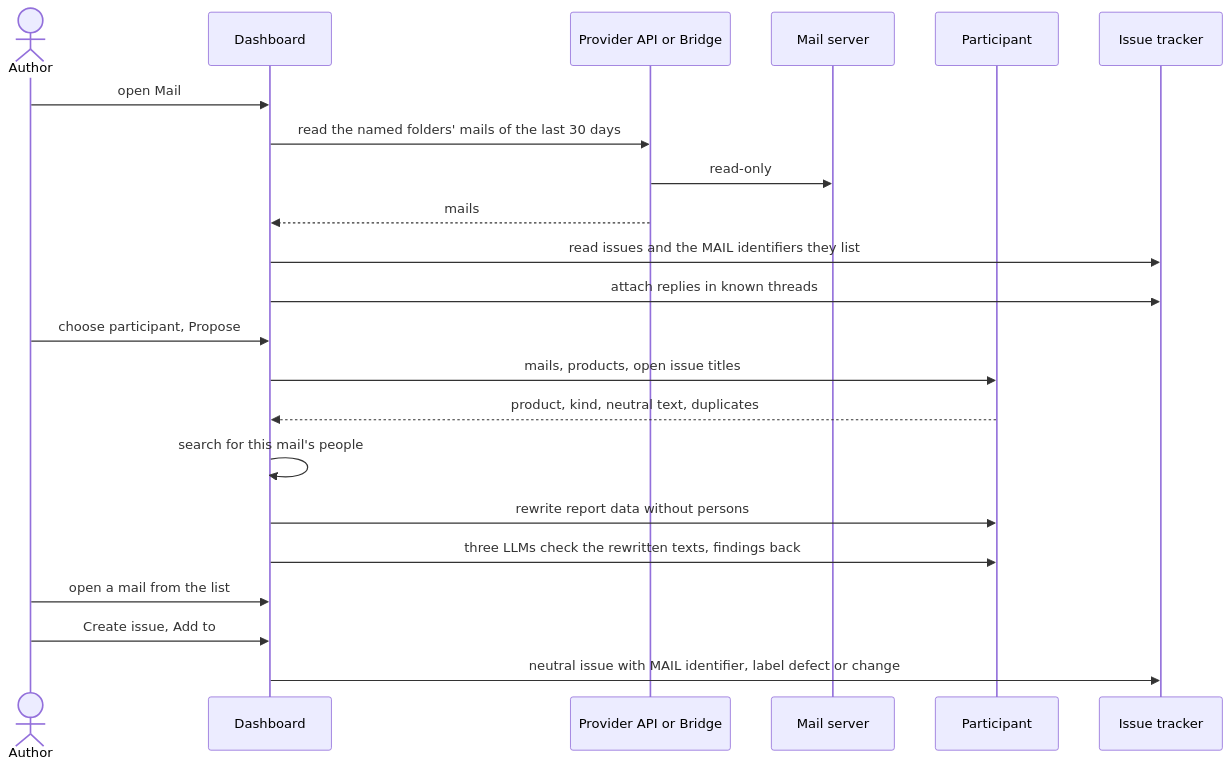
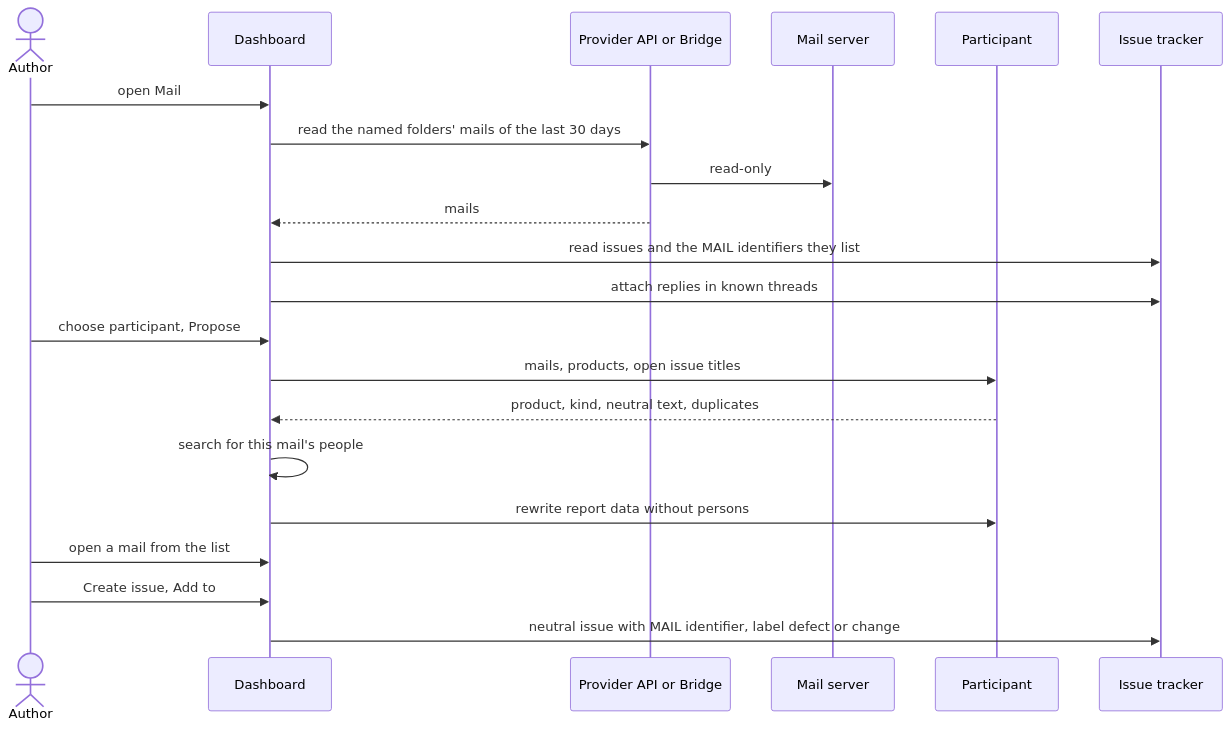
One commit to akmaier/agent-m changed the diagram in docs/use-cases/UC-038-turn-mails-into-issues.md. Above: the diagram before and after it, drawn with Mermaid. The commit also changed other lines of this file and 18 other files, not shown here.

````diff
--- a/docs/use-cases/UC-038-turn-mails-into-issues.md
+++ b/docs/use-cases/UC-038-turn-mails-into-issues.md
@@ -131,24 +126,23 @@
 ```mermaid
 sequenceDiagram
     actor A as Author
     participant D as Dashboard
     participant B as Provider API or Bridge
     participant S as Mail server
     participant P as Participant
     participant I as Issue tracker
     A->>D: open Mail
     D->>B: read the named folders' mails of the last 30 days
     B->>S: read-only
     B-->>D: mails
     D->>I: read issues and the MAIL identifiers they list
     D->>I: attach replies in known threads
     A->>D: choose participant, Propose
     D->>P: mails, products, open issue titles
     P-->>D: product, kind, neutral text, duplicates
     D->>D: search for this mail's people
     D->>P: rewrite report data without persons
-    D->>P: three LLMs check the rewritten texts, findings back
     A->>D: open a mail from the list
     A->>D: Create issue, Add to #n, or Not an issue
     D->>I: neutral issue with MAIL identifier, label defect or change
 ```
````
